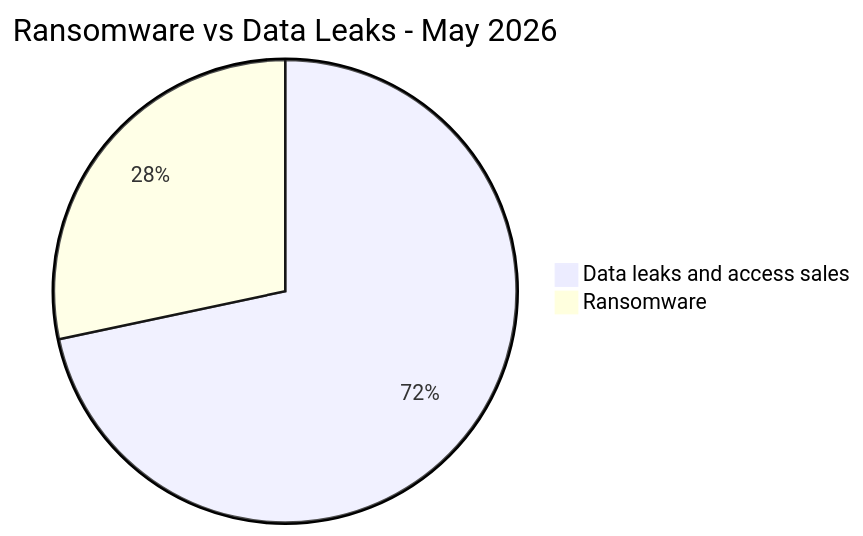
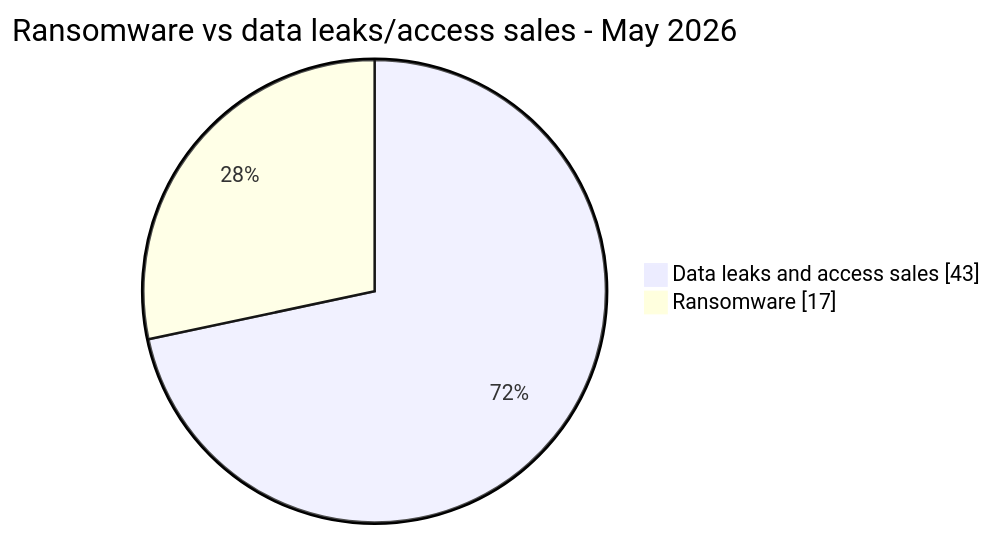
Before and after one commit to Hatchepsoute/AFRINTEL: the second of 4 diagrams in CyberAttackAfrica/2026/05-may/README.md, drawn with Mermaid. The commit also changed other lines of this file and 1 other file, not shown here.

````diff
--- a/CyberAttackAfrica/2026/05-may/README.md
+++ b/CyberAttackAfrica/2026/05-may/README.md
@@ -146,6 +150,6 @@
 ```mermaid
-pie
- title Ransomware vs Data Leaks - May 2026
+pie showData
+ title Ransomware vs data leaks/access sales - May 2026
  "Data leaks and access sales" : 43
  "Ransomware" : 17
 ```
````
